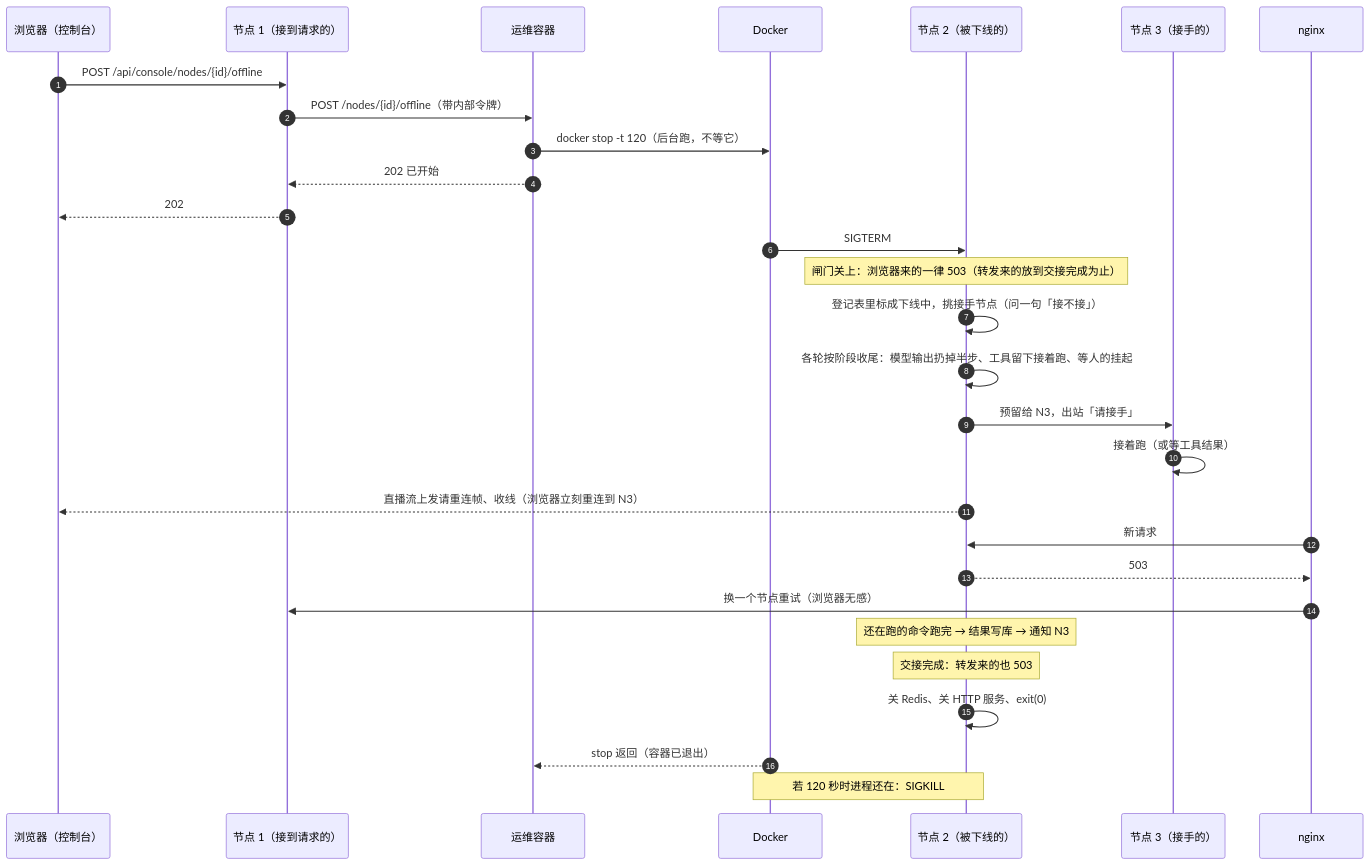
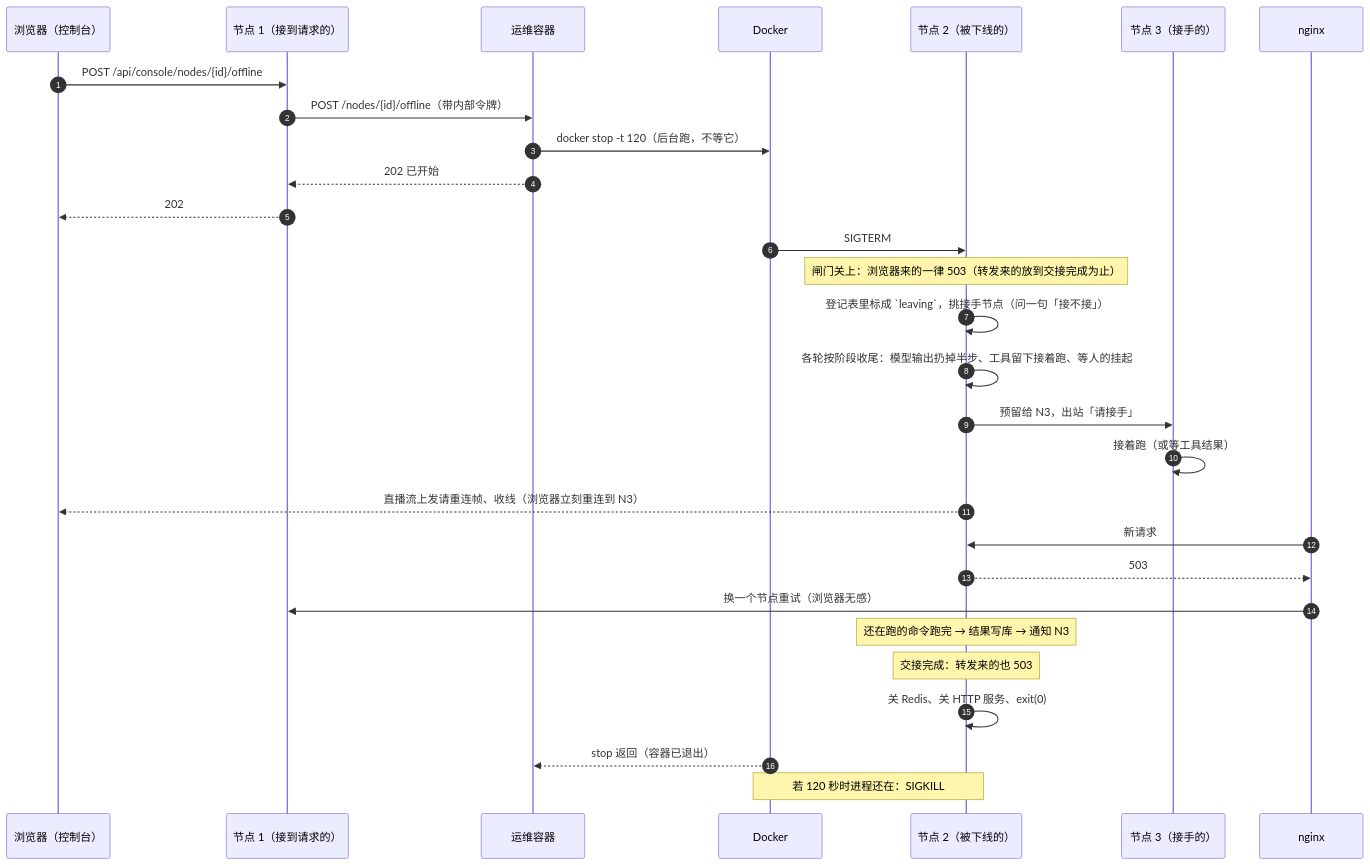
The third of 3 diagrams in docs/host/node/tech/cluster-console.md (ludafa/runko), drawn with Mermaid before and after one commit. The commit also changed other lines of this file and 71 other files, not shown here.

````diff
--- a/docs/host/node/tech/cluster-console.md
+++ b/docs/host/node/tech/cluster-console.md
@@ -81,31 +81,31 @@
 ```mermaid
 sequenceDiagram
   autonumber
   participant U as 浏览器（控制台）
   participant N1 as 节点 1（接到请求的）
   participant O as 运维容器
   participant D as Docker
   participant N2 as 节点 2（被下线的）
   participant N3 as 节点 3（接手的）
   participant X as nginx
   U->>N1: POST /api/console/nodes/{id}/offline
   N1->>O: POST /nodes/{id}/offline（带内部令牌）
   O->>D: docker stop -t 120（后台跑，不等它）
   O-->>N1: 202 已开始
   N1-->>U: 202
   D->>N2: SIGTERM
   Note over N2: 闸门关上：浏览器来的一律 503（转发来的放到交接完成为止）
-  N2->>N2: 登记表里标成下线中，挑接手节点（问一句「接不接」）
+  N2->>N2: 登记表里标成 `leaving`，挑接手节点（问一句「接不接」）
   N2->>N2: 各轮按阶段收尾：模型输出扔掉半步、工具留下接着跑、等人的挂起
   N2->>N3: 预留给 N3，出站「请接手」
   N3->>N3: 接着跑（或等工具结果）
   N2-->>U: 直播流上发请重连帧、收线（浏览器立刻重连到 N3）
   X->>N2: 新请求
   N2-->>X: 503
   X->>N1: 换一个节点重试（浏览器无感）
   Note over N2: 还在跑的命令跑完 → 结果写库 → 通知 N3
   Note over N2: 交接完成：转发来的也 503
   N2->>N2: 关 Redis、关 HTTP 服务、exit(0)
   D-->>O: stop 返回（容器已退出）
   Note over D,N2: 若 120 秒时进程还在：SIGKILL
 ```
````
